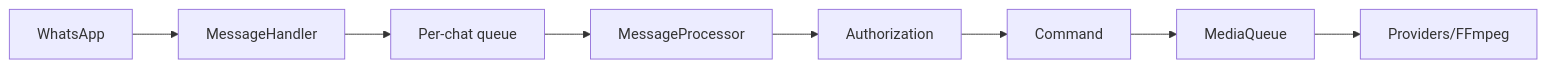
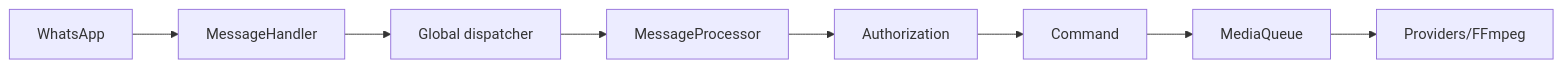
Before and after one commit to hiudyy/misa: the diagram in docs/en/architecture.md, drawn with Mermaid. The commit also changed other lines of this file and 72 other files, not shown here.

````diff
--- a/docs/en/architecture.md
+++ b/docs/en/architecture.md
@@ -6,10 +6,10 @@
 ```mermaid
 flowchart LR
   WA[WhatsApp] --> MH[MessageHandler]
-  MH --> CQ[Per-chat queue]
+  MH --> CQ[Global dispatcher]
   CQ --> MP[MessageProcessor]
   MP --> AUTH[Authorization]
   AUTH --> CMD[Command]
   CMD --> MQ[MediaQueue]
   MQ --> P[Providers/FFmpeg]
 ```
````
